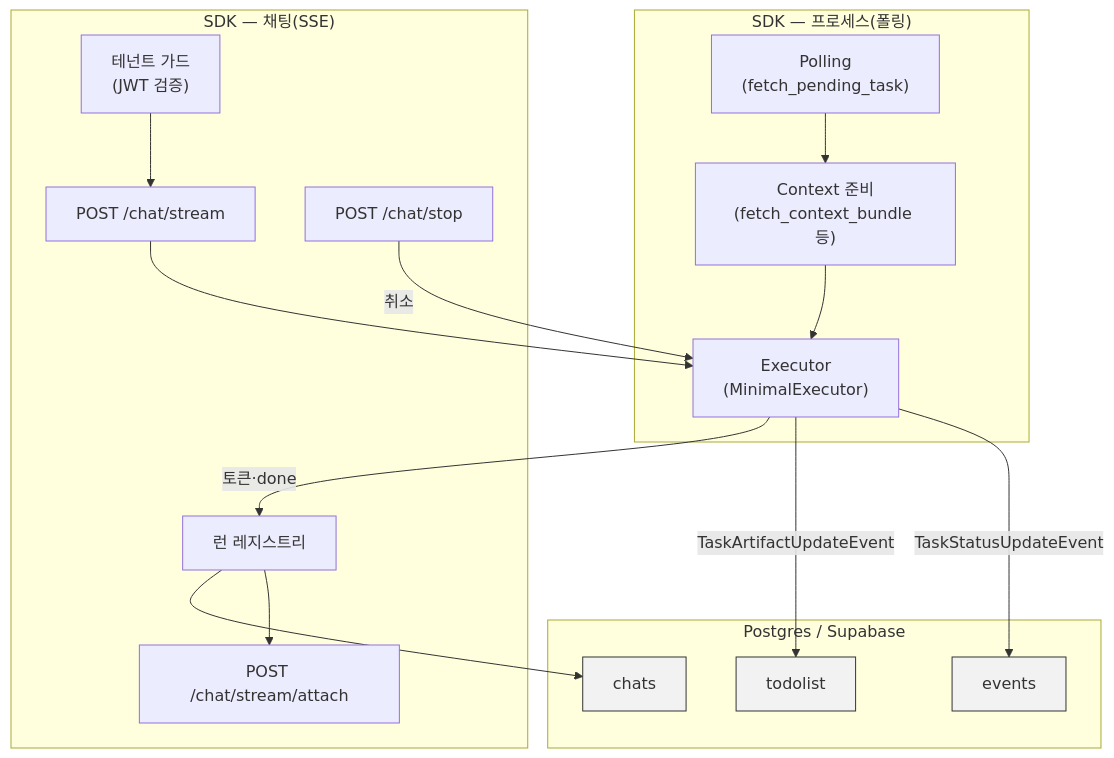
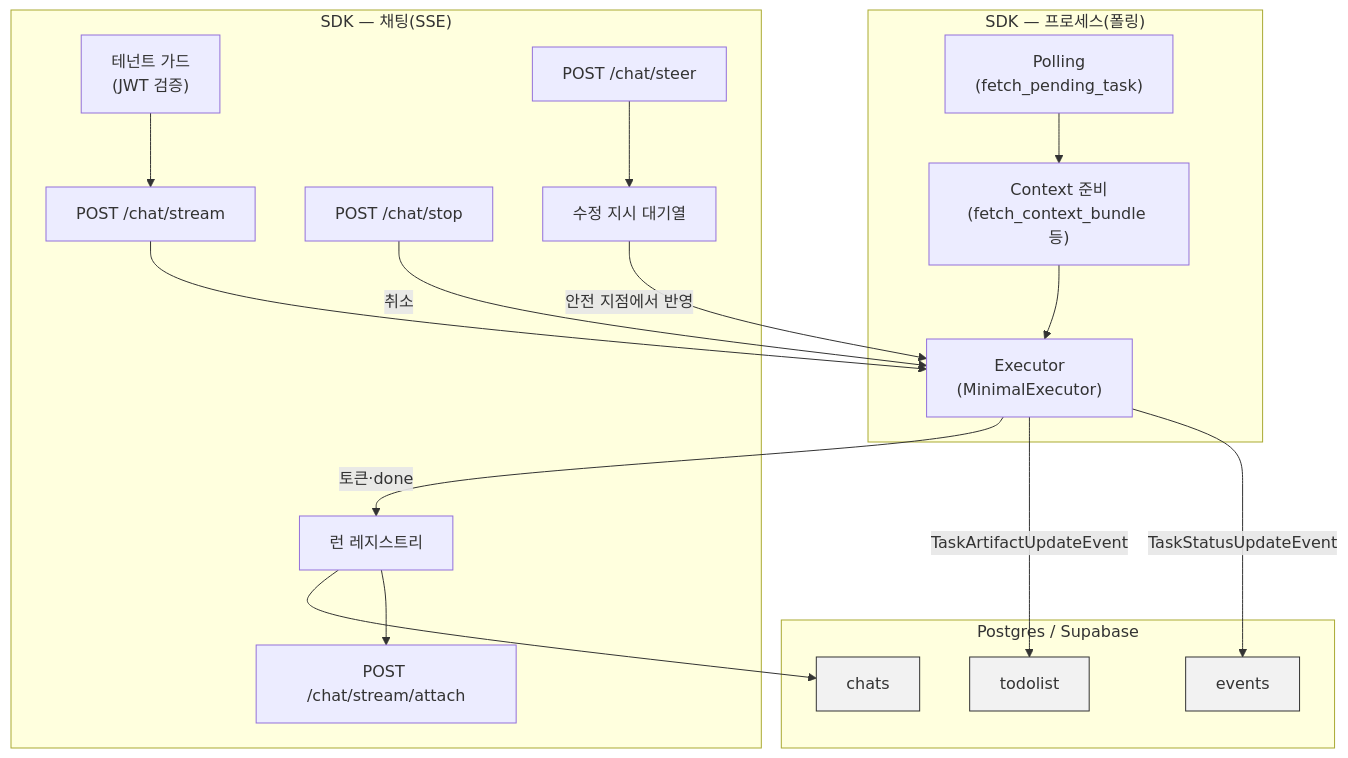
One commit to uengine-oss/process-gpt-agent-sdk changed the diagram in README.md. Above: the diagram before and after it, drawn with Mermaid. The commit also changed other lines of this file and 7 other files, not shown here.

````diff
--- a/README.md
+++ b/README.md
@@ -32,28 +32,30 @@
 ```mermaid
 flowchart TD
     subgraph DB["Postgres / Supabase"]
         T["todolist"]:::db
         E["events"]:::db
         CH["chats"]:::db
     end
 
     subgraph SDK["SDK — 프로세스(폴링)"]
         P["Polling<br/>(fetch_pending_task)"] --> C["Context 준비<br/>(fetch_context_bundle 등)"]
         C --> X["Executor<br/>(MinimalExecutor)"]
     end
 
     subgraph CHAT["SDK — 채팅(SSE)"]
         G["테넌트 가드<br/>(JWT 검증)"] --> S["POST /chat/stream"]
         R["런 레지스트리"] --> A["POST /chat/stream/attach"]
         K["POST /chat/stop"]
+        ST["POST /chat/steer"] --> Q["수정 지시 대기열"]
     end
 
     S --> X
     K -->|취소| X
+    Q -->|안전 지점에서 반영| X
     X -->|TaskStatusUpdateEvent| E
     X -->|TaskArtifactUpdateEvent| T
     X -->|토큰·done| R
     R --> CH
 
     classDef db fill:#f2f2f2,stroke:#333,stroke-width:1px;
 ```
````
